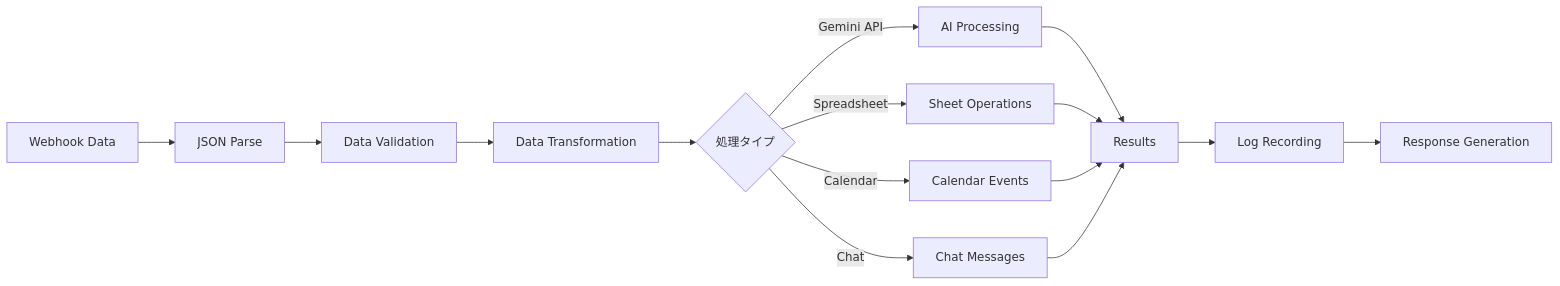
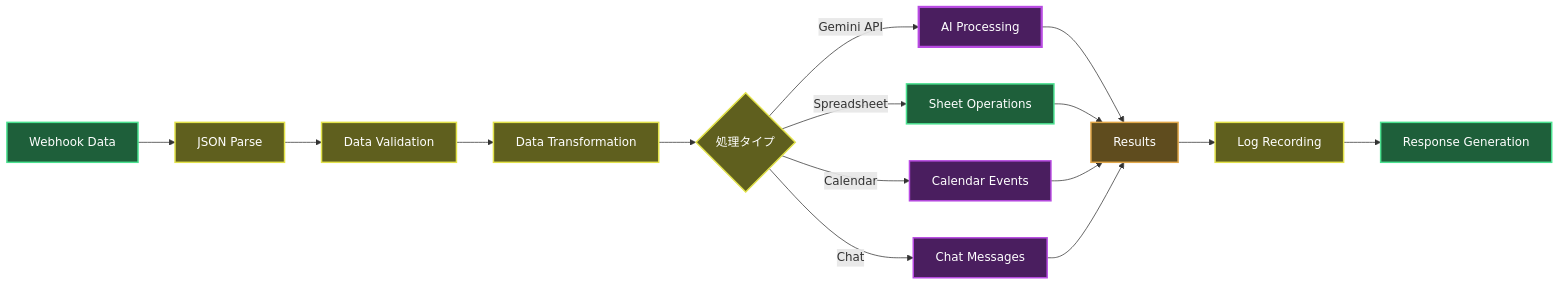
One commit to tasai-lab/appsheet-gas-automation changed the third of 8 diagrams in gas_projects/Appsheet_営業_音声記録/FLOW.md. Above: the diagram before and after it, drawn with Mermaid. The commit also changed other lines of this file, not shown here.

````diff
--- a/gas_projects/Appsheet_営業_音声記録/FLOW.md
+++ b/gas_projects/Appsheet_営業_音声記録/FLOW.md
@@ -71,20 +92,34 @@
 ```mermaid
 flowchart LR
     A[Webhook Data] --> B[JSON Parse]
     B --> C[Data Validation]
     C --> D[Data Transformation]
     D --> E{処理タイプ}
     
     E -->|Gemini API| F[AI Processing]
     E -->|Spreadsheet| G[Sheet Operations]
     E -->|Calendar| H[Calendar Events]
     E -->|Chat| I[Chat Messages]
     
     F --> J[Results]
     G --> J
     H --> J
     I --> J
     
     J --> K[Log Recording]
     K --> L[Response Generation]
+    
+    %% スタイル定義（ダークモード対応）
+    style A fill:#1e5f3a,stroke:#4ae290,stroke-width:2px,color:#fff
+    style B fill:#5f5f1e,stroke:#e2e24a,stroke-width:2px,color:#fff
+    style C fill:#5f5f1e,stroke:#e2e24a,stroke-width:2px,color:#fff
+    style D fill:#5f5f1e,stroke:#e2e24a,stroke-width:2px,color:#fff
+    style E fill:#5f5f1e,stroke:#e2e24a,stroke-width:2px,color:#fff
+    style F fill:#4a1e5f,stroke:#b84ae2,stroke-width:3px,color:#fff
+    style G fill:#1e5f3a,stroke:#4ae290,stroke-width:2px,color:#fff
+    style H fill:#4a1e5f,stroke:#b84ae2,stroke-width:2px,color:#fff
+    style I fill:#4a1e5f,stroke:#b84ae2,stroke-width:2px,color:#fff
+    style J fill:#5f4c1e,stroke:#e2a84a,stroke-width:2px,color:#fff
+    style K fill:#5f5f1e,stroke:#e2e24a,stroke-width:2px,color:#fff
+    style L fill:#1e5f3a,stroke:#4ae290,stroke-width:2px,color:#fff
 ```
````
